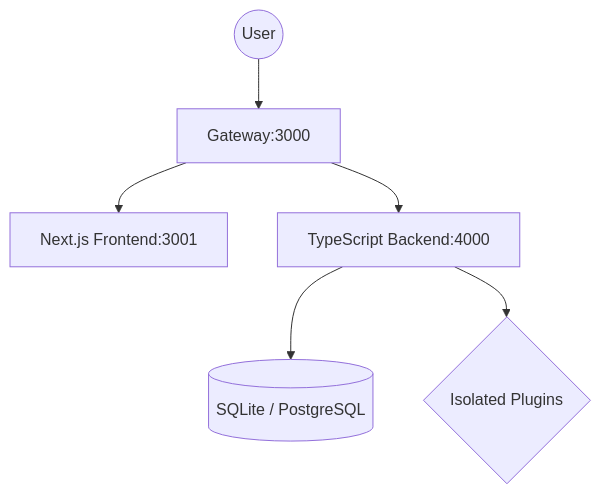
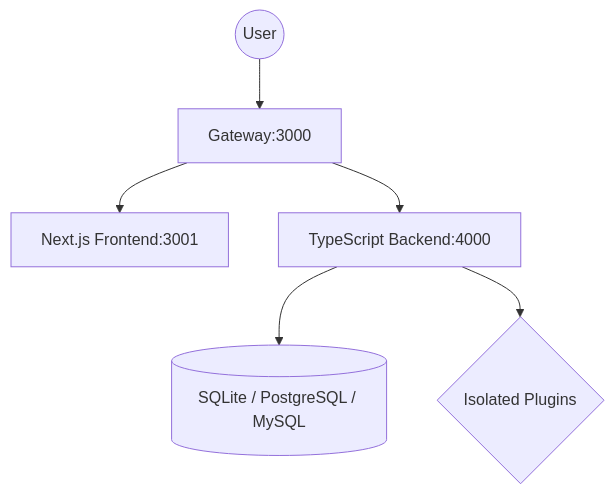
The first of 2 diagrams in README.md (jaimemartinez/wordjs), drawn with Mermaid before and after one commit. The commit also changed other lines of this file and 299 other files, not shown here.

````diff
--- a/README.md
+++ b/README.md
@@ -213,8 +219,8 @@
 ```mermaid
 graph TD
     User((User)) --> Gateway[Gateway:3000]
     Gateway --> Frontend[Next.js Frontend:3001]
     Gateway --> Backend[TypeScript Backend:4000]
-    Backend --> DB[(SQLite / PostgreSQL)]
+    Backend --> DB[(SQLite / PostgreSQL / MySQL)]
     Backend --> Plugins{Isolated Plugins}
 ```
````
